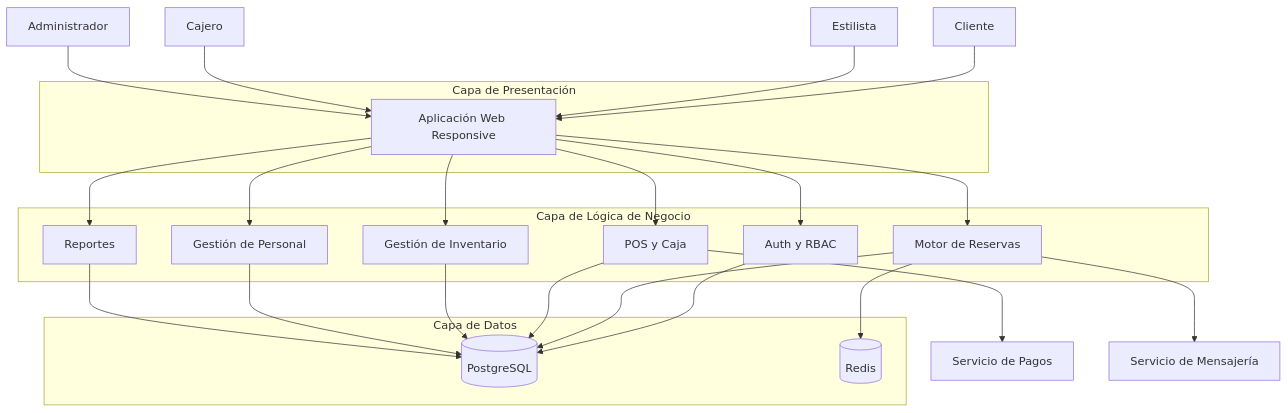
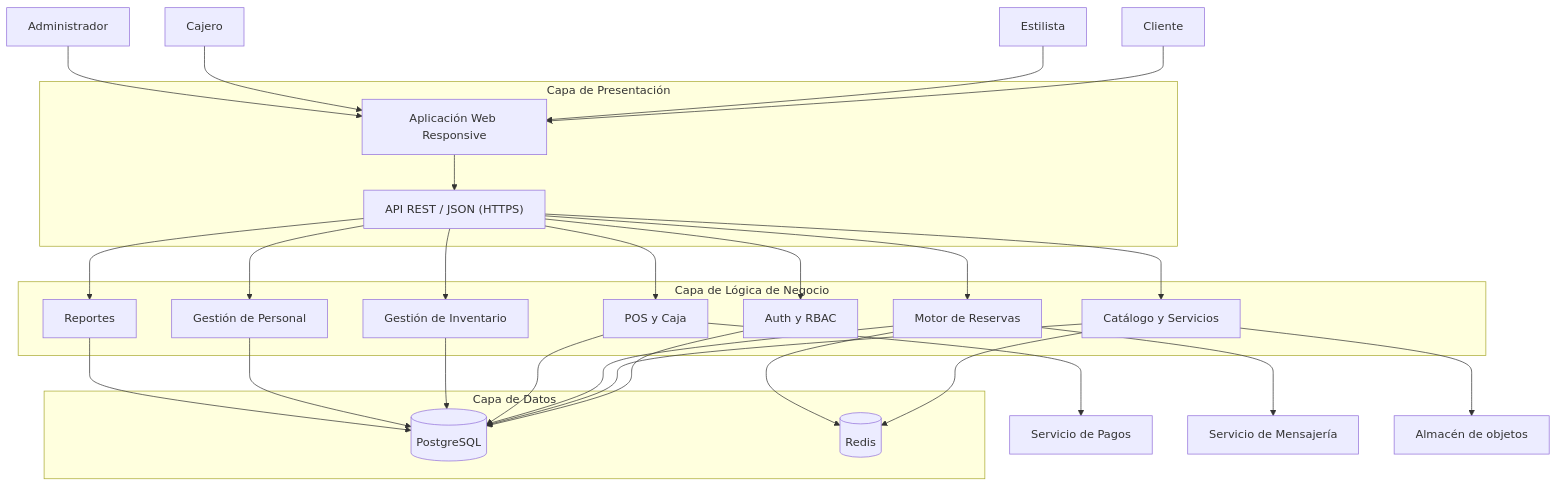
Before and after one commit to RodrigoCayllahua/AnyColor-arquitSoft-02-Andy-Conde: the diagram in docs/arquitectura/arquitectura-inicial.md, drawn with Mermaid.

Commit message:
docs(arquitectura): incluir API REST y almacen de objetos en la arquitectura de tres capas

````diff
--- a/docs/arquitectura/arquitectura-inicial.md
+++ b/docs/arquitectura/arquitectura-inicial.md
@@ -5,52 +5,60 @@
 ```mermaid
 flowchart TB
 
     U[Cliente]
     E[Estilista]
     C[Cajero]
     A[Administrador]
 
     subgraph PRESENTACION["Capa de Presentación"]
         WEB["Aplicación Web Responsive"]
+        API["API REST / JSON (HTTPS)"]
     end
 
     subgraph NEGOCIO["Capa de Lógica de Negocio"]
         AUTH["Auth y RBAC"]
+        CAT["Catálogo y Servicios"]
         BOOK["Motor de Reservas"]
         POS["POS y Caja"]
         INV["Gestión de Inventario"]
         STAFF["Gestión de Personal"]
         REPORT["Reportes"]
     end
 
     subgraph DATOS["Capa de Datos"]
         DB[("PostgreSQL")]
         REDIS[("Redis")]
     end
 
     EXT1["Servicio de Pagos"]
     EXT2["Servicio de Mensajería"]
+    EXT3["Almacén de objetos"]
 
     U --> WEB
     E --> WEB
     C --> WEB
     A --> WEB
 
-    WEB --> AUTH
-    WEB --> BOOK
-    WEB --> POS
-    WEB --> INV
-    WEB --> STAFF
-    WEB --> REPORT
+    WEB --> API
+    API --> AUTH
+    API --> CAT
+    API --> BOOK
+    API --> POS
+    API --> INV
+    API --> STAFF
+    API --> REPORT
 
     AUTH --> DB
+    CAT --> DB
+    CAT --> REDIS
+    CAT --> EXT3
     BOOK --> DB
     BOOK --> REDIS
     POS --> DB
     INV --> DB
     STAFF --> DB
     REPORT --> DB
 
     POS --> EXT1
     BOOK --> EXT2
 ```
````
